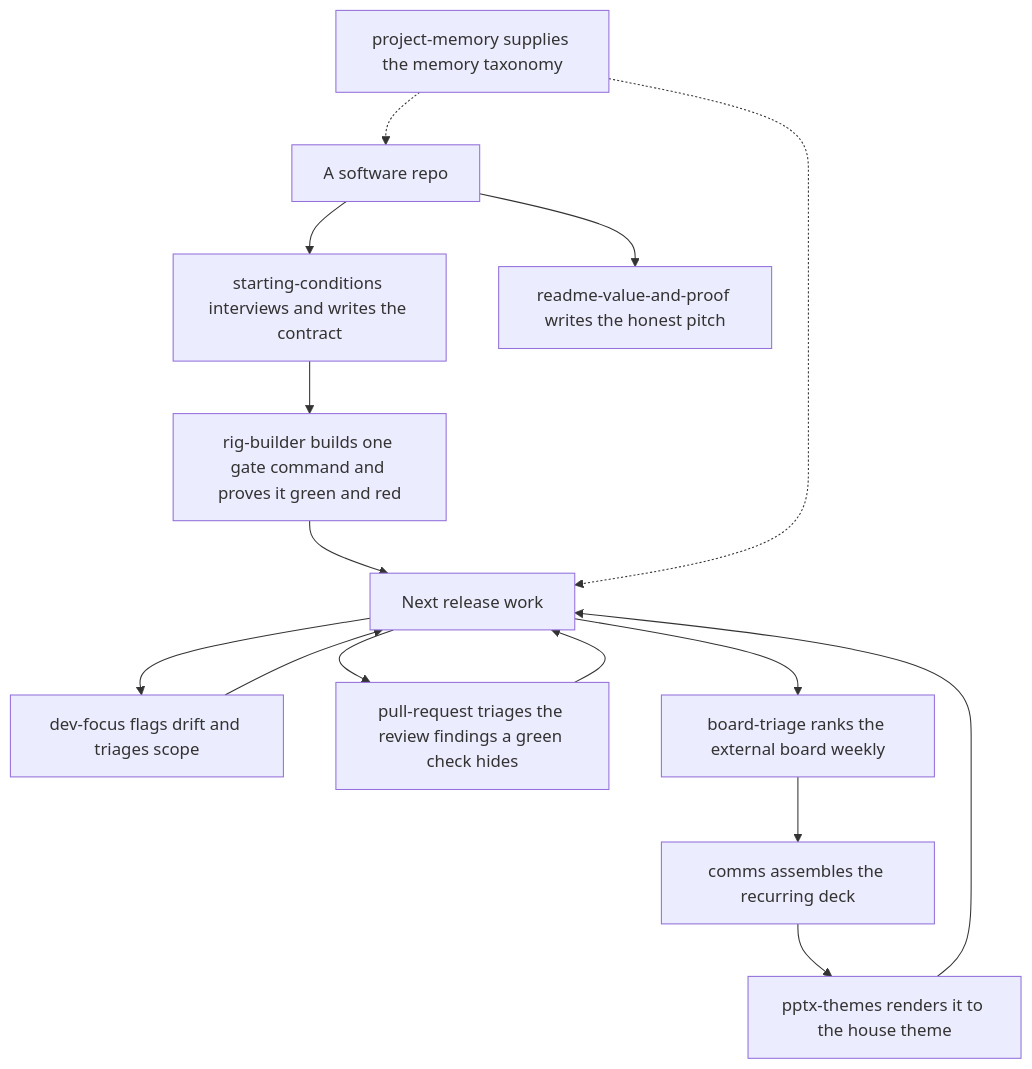
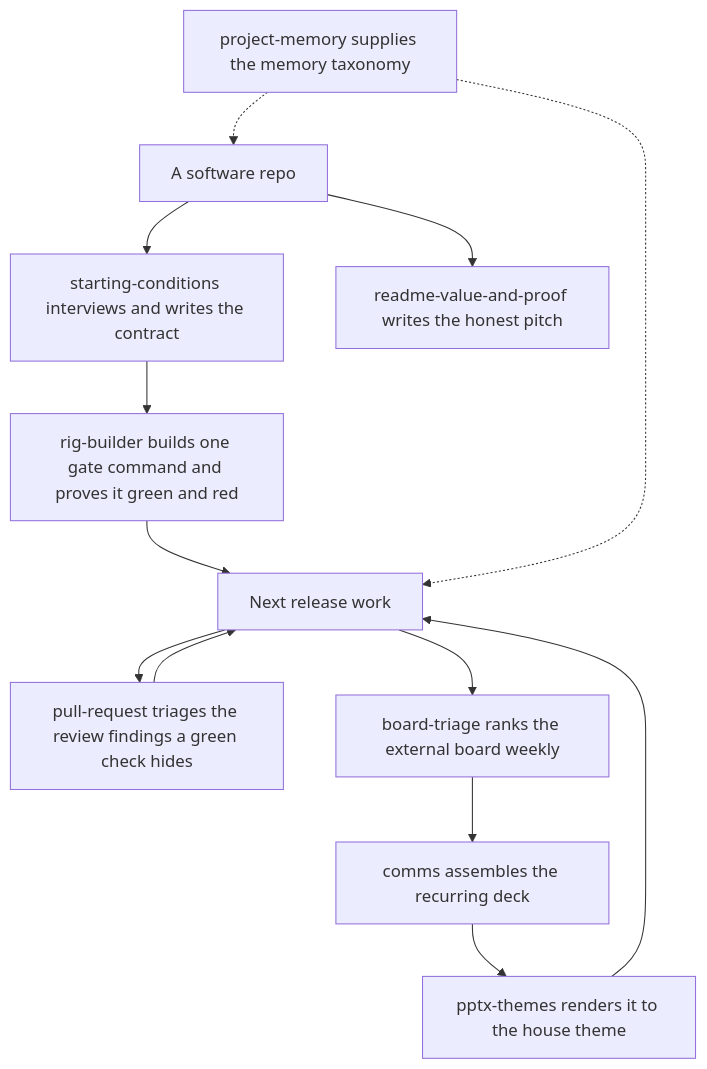
The diagram in plugins/code-desk/README.md (hsb3/dotfiles-agents), drawn with Mermaid before and after one commit. The commit also changed other lines of this file and 15 other files, not shown here.

First line of the commit message:
feat(catalog): retire dev-focus, fold the scope hammer into planning-desk

````diff
--- a/plugins/code-desk/README.md
+++ b/plugins/code-desk/README.md
@@ -21,18 +22,16 @@
 ```mermaid
 flowchart TD
     Repo[A software repo] --> Start[starting-conditions interviews and writes the contract]
     Start --> Rig[rig-builder builds one gate command and proves it green and red]
     Rig --> Build[Next release work]
-    Build --> Focus[dev-focus flags drift and triages scope]
-    Focus --> Build
     Build --> PR[pull-request triages the review findings a green check hides]
     PR --> Build
     Build --> Board[board-triage ranks the external board weekly]
     Board --> Comms[comms assembles the recurring deck]
     Comms --> PPT[pptx-themes renders it to the house theme]
     PPT --> Build
     Repo --> RM[readme-value-and-proof writes the honest pitch]
 
     Mem[project-memory supplies the memory taxonomy] -.-> Repo
     Mem -.-> Build
 ```
````
